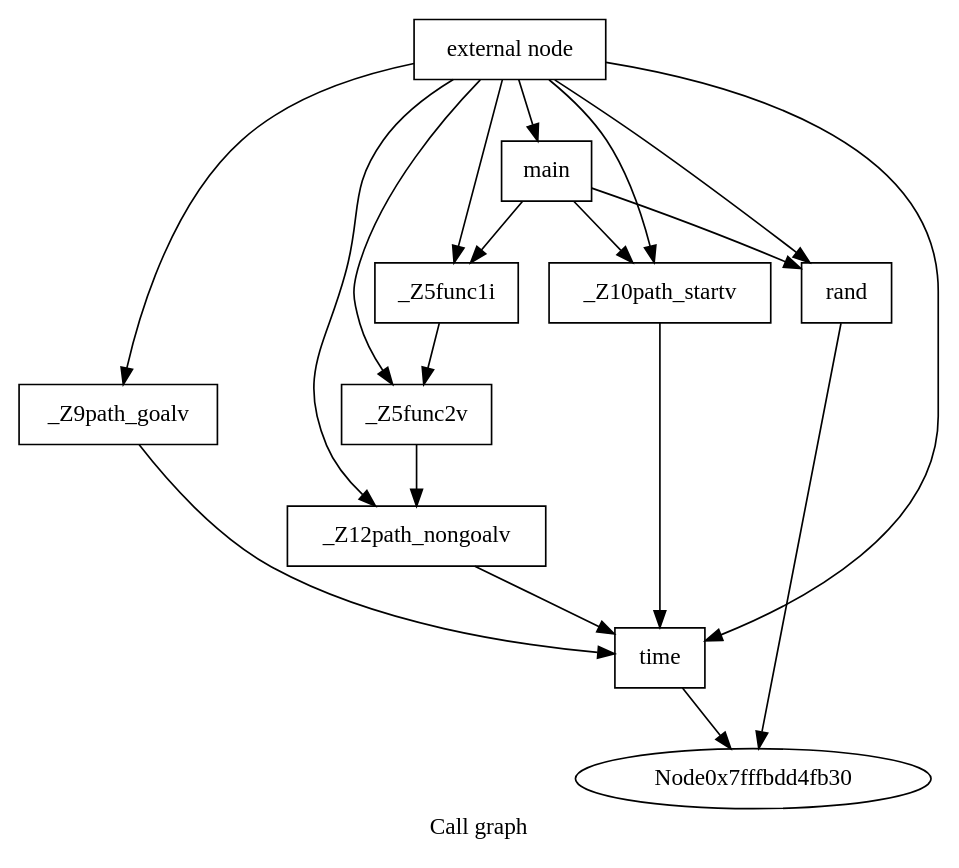
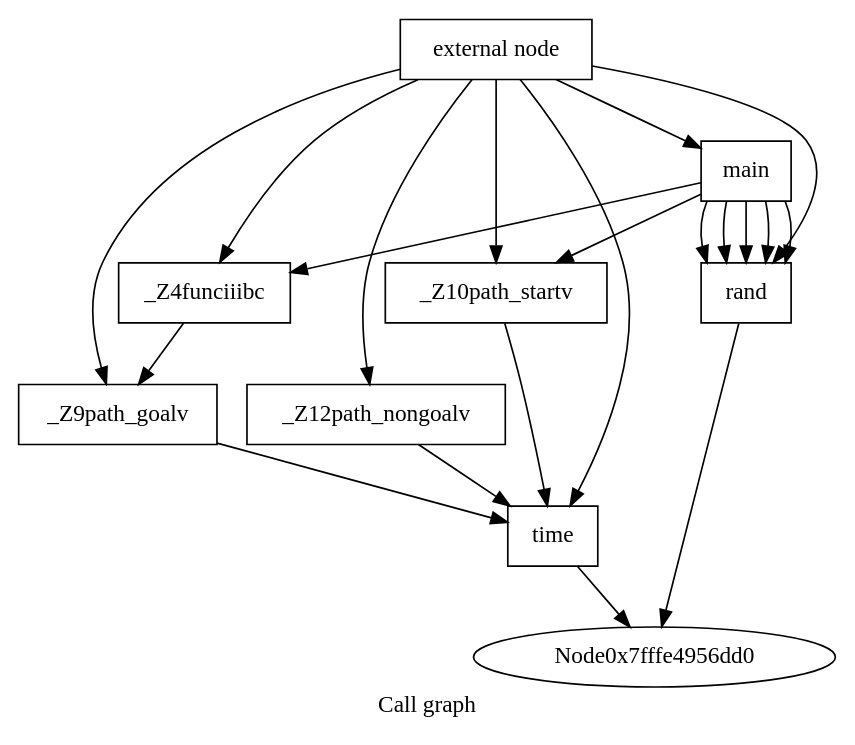
Before and after one commit to toor-de-force/ghidrall: the diagram in ghidrall/comparator/call_results/callgraph.dot, drawn with Graphviz. The commit also changed 16 other files, not shown here.

```diff
--- a/ghidrall/comparator/call_results/callgraph.dot
+++ b/ghidrall/comparator/call_results/callgraph.dot
@@ -1,31 +1,32 @@
 digraph "Call graph" {
 	label="Call graph";
 
-	Node0x7fffbdd4f390 [shape=record,label="{external node}"];
-	Node0x7fffbdd4f390 -> Node0x7fffbdd4ffb0;
-	Node0x7fffbdd4f390 -> Node0x7fffbdd50050;
-	Node0x7fffbdd4f390 -> Node0x7fffbdd50140;
-	Node0x7fffbdd4f390 -> Node0x7fffbdd50270;
-	Node0x7fffbdd4f390 -> Node0x7fffbdd50310;
-	Node0x7fffbdd4f390 -> Node0x7fffbdd503b0;
-	Node0x7fffbdd4f390 -> Node0x7fffbdd50450;
-	Node0x7fffbdd4f390 -> Node0x7fffbdd504c0;
-	Node0x7fffbdd4ffb0 [shape=record,label="{_Z10path_startv}"];
-	Node0x7fffbdd4ffb0 -> Node0x7fffbdd50050;
-	Node0x7fffbdd50050 [shape=record,label="{time}"];
-	Node0x7fffbdd50050 -> Node0x7fffbdd4fb30;
-	Node0x7fffbdd50140 [shape=record,label="{_Z9path_goalv}"];
-	Node0x7fffbdd50140 -> Node0x7fffbdd50050;
-	Node0x7fffbdd50270 [shape=record,label="{_Z12path_nongoalv}"];
-	Node0x7fffbdd50270 -> Node0x7fffbdd50050;
-	Node0x7fffbdd50310 [shape=record,label="{_Z5func2v}"];
-	Node0x7fffbdd50310 -> Node0x7fffbdd50270;
-	Node0x7fffbdd503b0 [shape=record,label="{_Z5func1i}"];
-	Node0x7fffbdd503b0 -> Node0x7fffbdd50310;
-	Node0x7fffbdd50450 [shape=record,label="{main}"];
-	Node0x7fffbdd50450 -> Node0x7fffbdd504c0;
-	Node0x7fffbdd50450 -> Node0x7fffbdd4ffb0;
-	Node0x7fffbdd50450 -> Node0x7fffbdd503b0;
-	Node0x7fffbdd504c0 [shape=record,label="{rand}"];
-	Node0x7fffbdd504c0 -> Node0x7fffbdd4fb30;
+	Node0x7fffe4956630 [shape=record,label="{external node}"];
+	Node0x7fffe4956630 -> Node0x7fffe4956e40;
+	Node0x7fffe4956630 -> Node0x7fffe4956ee0;
+	Node0x7fffe4956630 -> Node0x7fffe4956fd0;
+	Node0x7fffe4956630 -> Node0x7fffe4957070;
+	Node0x7fffe4956630 -> Node0x7fffe4957540;
+	Node0x7fffe4956630 -> Node0x7fffe49576f0;
+	Node0x7fffe4956630 -> Node0x7fffe4957790;
+	Node0x7fffe4956e40 [shape=record,label="{_Z10path_startv}"];
+	Node0x7fffe4956e40 -> Node0x7fffe4956ee0;
+	Node0x7fffe4956ee0 [shape=record,label="{time}"];
+	Node0x7fffe4956ee0 -> Node0x7fffe4956dd0;
+	Node0x7fffe4956fd0 [shape=record,label="{_Z9path_goalv}"];
+	Node0x7fffe4956fd0 -> Node0x7fffe4956ee0;
+	Node0x7fffe4957070 [shape=record,label="{_Z12path_nongoalv}"];
+	Node0x7fffe4957070 -> Node0x7fffe4956ee0;
+	Node0x7fffe4957540 [shape=record,label="{_Z4funciiibc}"];
+	Node0x7fffe4957540 -> Node0x7fffe4956fd0;
+	Node0x7fffe49576f0 [shape=record,label="{main}"];
+	Node0x7fffe49576f0 -> Node0x7fffe4956e40;
+	Node0x7fffe49576f0 -> Node0x7fffe4957790;
+	Node0x7fffe49576f0 -> Node0x7fffe4957790;
+	Node0x7fffe49576f0 -> Node0x7fffe4957790;
+	Node0x7fffe49576f0 -> Node0x7fffe4957790;
+	Node0x7fffe49576f0 -> Node0x7fffe4957790;
+	Node0x7fffe49576f0 -> Node0x7fffe4957540;
+	Node0x7fffe4957790 [shape=record,label="{rand}"];
+	Node0x7fffe4957790 -> Node0x7fffe4956dd0;
 }
```
